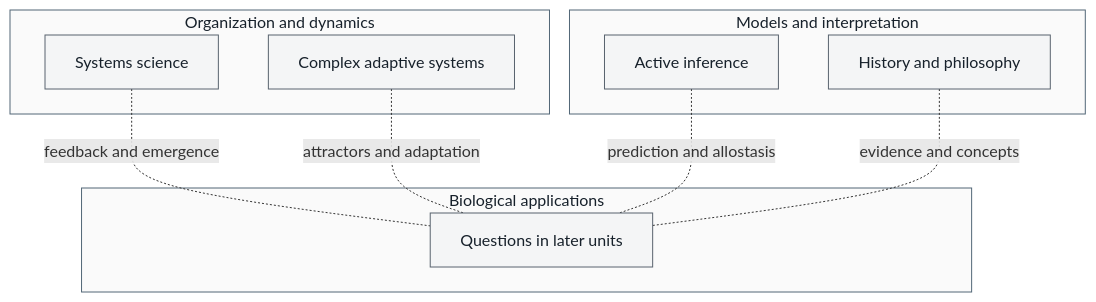
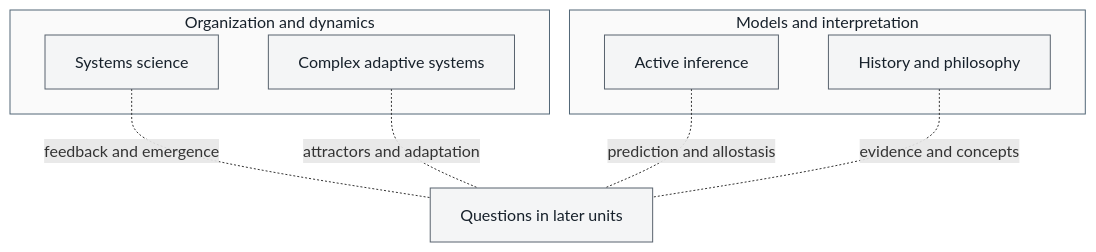
The diagram in docs/manuscript/unit_0/unit_intro.md (docxology/biology_textbook), drawn with Mermaid before and after one commit. The commit also changed 18 other files, not shown here.

Commit message:
Close scientific peer findings and prove collision-free graphical overview sources

````diff
--- a/docs/manuscript/unit_0/unit_intro.md
+++ b/docs/manuscript/unit_0/unit_intro.md
@@ -63,26 +63,23 @@
 ```mermaid
 ---
 config:
   layout: dagre
 ---
 graph TD
     subgraph S["Organization and dynamics"]
         SYS["Systems science"]
         CAS["Complex adaptive systems"]
     end
     subgraph E["Models and interpretation"]
         AI["Active inference"]
         HP["History and philosophy"]
     end
-    subgraph B["Biological applications"]
-        Q["Questions in later units"]
-    end
+    Q["Questions in later units"]
     SYS -.-|"feedback and emergence"| Q
     CAS -.-|"attractors and adaptation"| Q
     AI -.-|"prediction and allostasis"| Q
     HP -.-|"evidence and concepts"| Q
     classDef default fill:#f4f5f6,stroke:#59636e,color:#17212b
     style S fill:#fafafa,stroke:#526777,color:#17212b
     style E fill:#fafafa,stroke:#526777,color:#17212b
-    style B fill:#fafafa,stroke:#526777,color:#17212b
 ```
````
